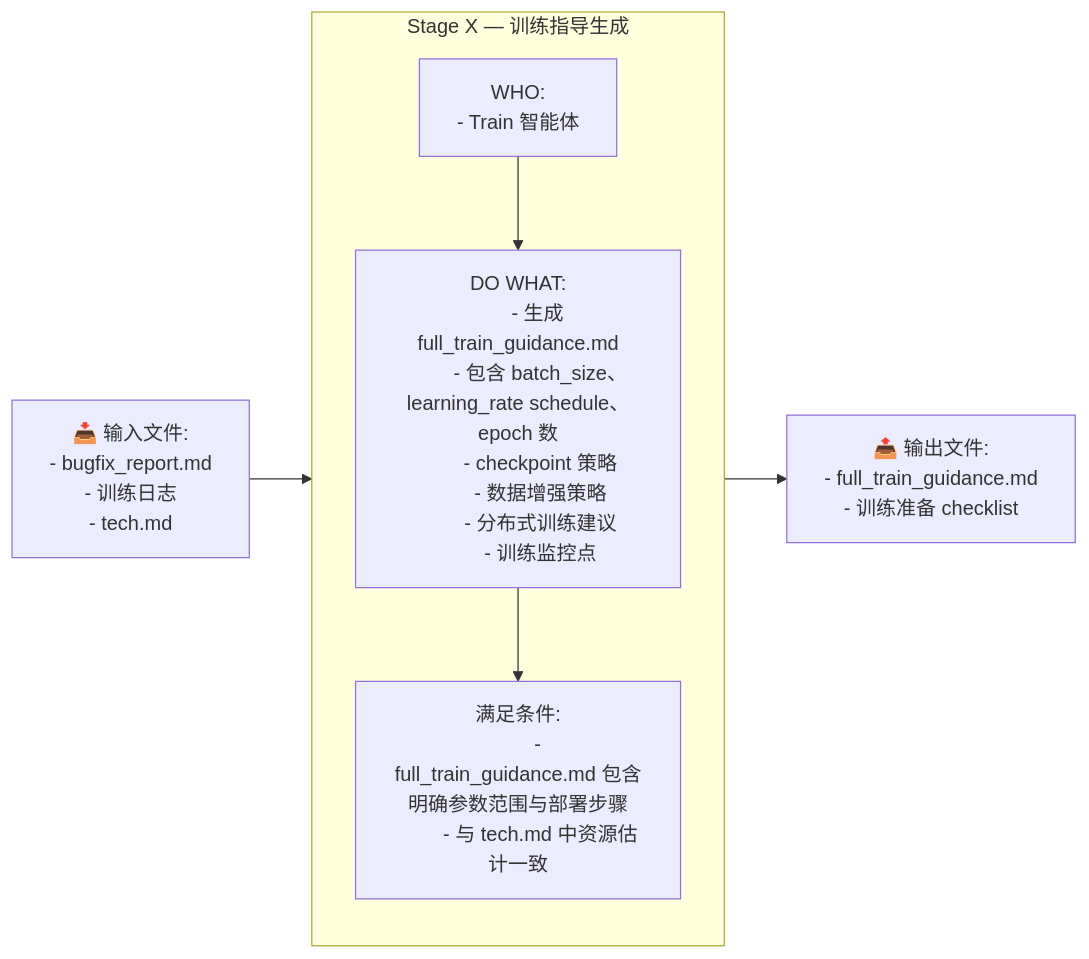
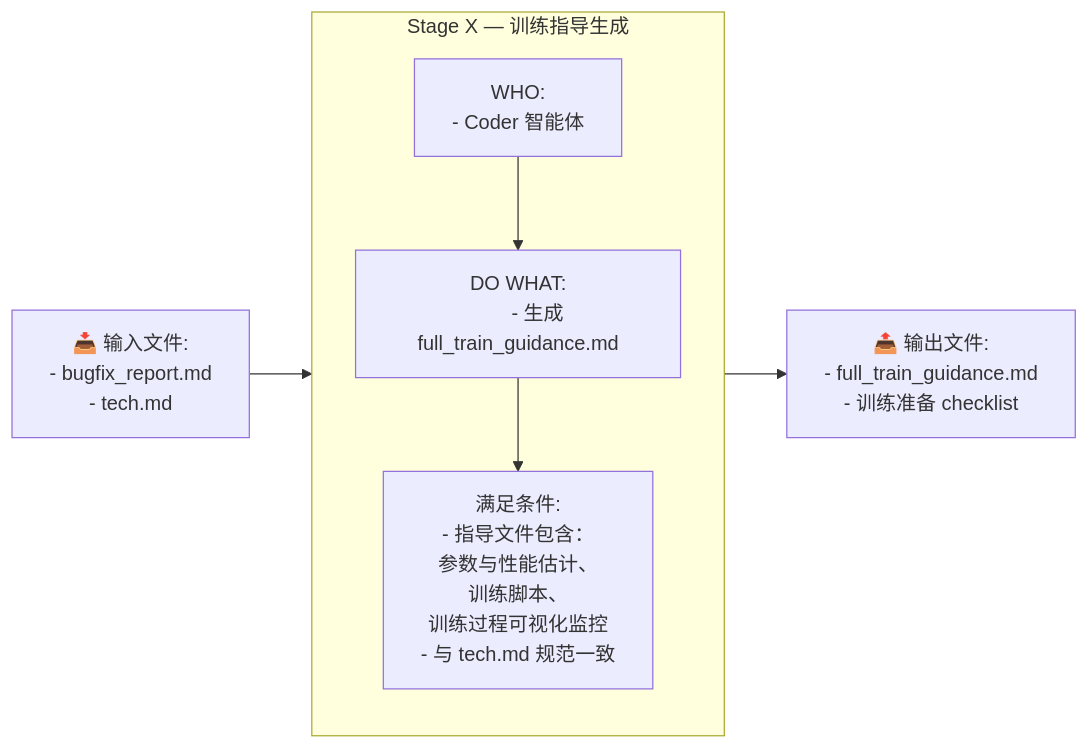
One commit to ouyangshixiong/context-engineering-zh changed diagram 11 of 17 in README.md. Above: the diagram before and after it, drawn with Mermaid. The commit also changed other lines of this file, not shown here.

````diff
--- a/README.md
+++ b/README.md
@@ -449,35 +498,32 @@
 ```mermaid
 flowchart LR
     %% ================= Stage X =================
     I["📥 输入文件:
     - bugfix_report.md
-    - 训练日志
     - tech.md"]
 
     O["📤 输出文件:
     - full_train_guidance.md
     - 训练准备 checklist"]
 
     subgraph S["Stage X — 训练指导生成"]
         direction TB
         W["WHO:
-        - Train 智能体"]
+        - Coder 智能体"]
 
         A["DO WHAT:
-        - 生成 full_train_guidance.md
-        - 包含 batch_size、learning_rate schedule、epoch 数
-        - checkpoint 策略
-        - 数据增强策略
-        - 分布式训练建议
-        - 训练监控点"]
+        - 生成 full_train_guidance.md"]
 
         V["满足条件:
-        - full_train_guidance.md 包含明确参数范围与部署步骤
-        - 与 tech.md 中资源估计一致"]
+        - 指导文件包含：
+          参数与性能估计、
+          训练脚本、
+          训练过程可视化监控
+        - 与 tech.md 规范一致"]
 
         W --> A --> V
     end
 
     I --> S --> O
 
 ```
````
